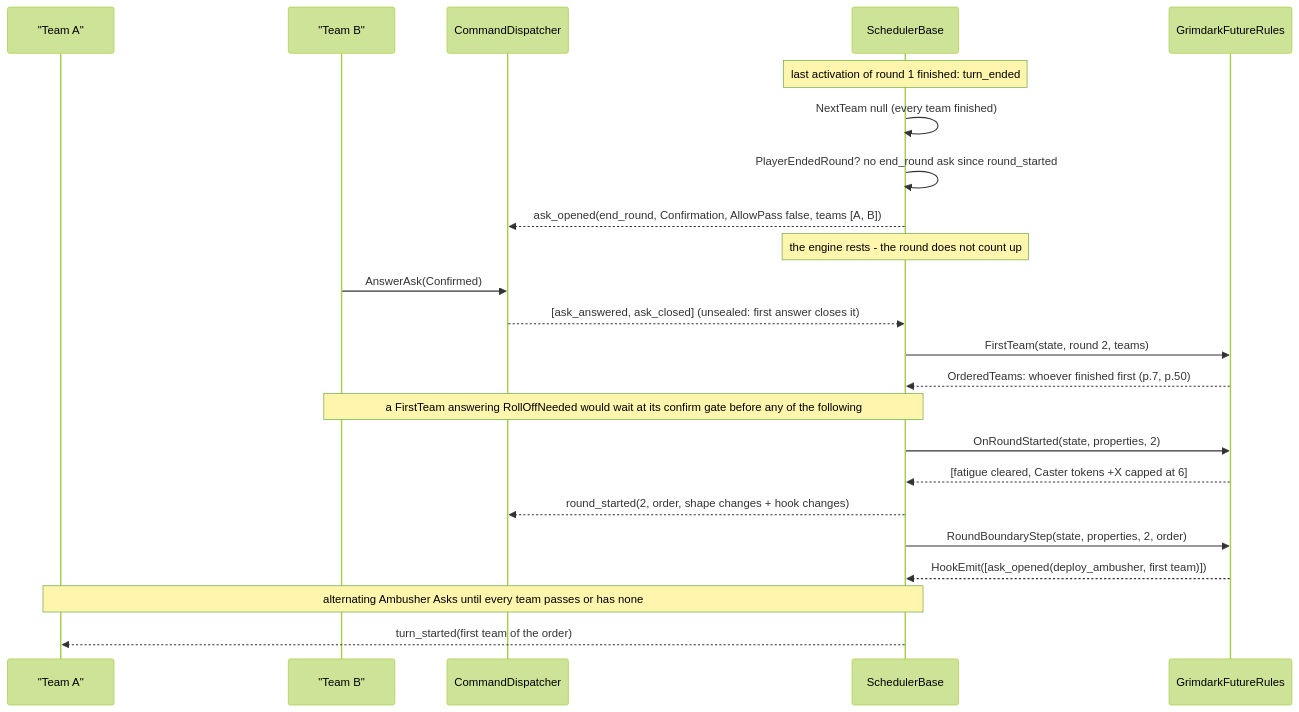
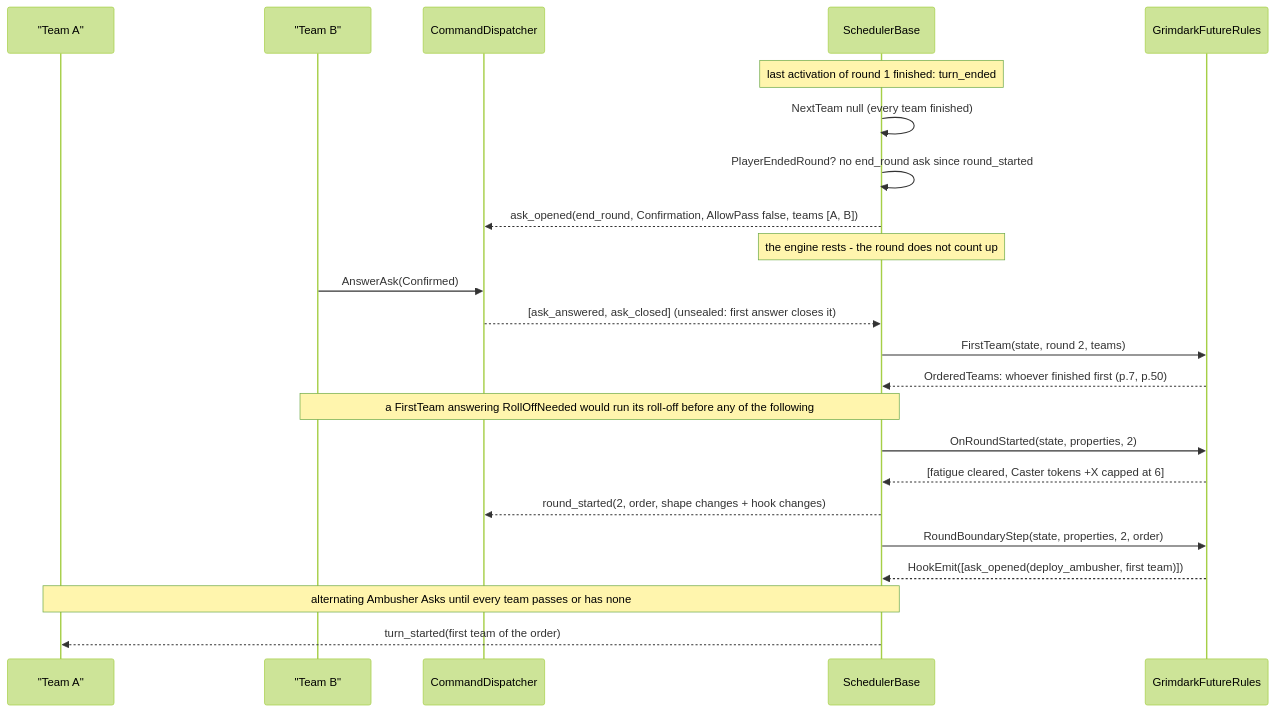
Before and after one commit to cstupi/tabletop: the ninth of 10 diagrams in docs/design/scheduler/design.md, drawn with Mermaid (forest theme). The commit also changed other lines of this file and 10 other files, not shown here.

First line of the commit message:
Docs: the roll-off is gated only under the wait setting; its result banner

````diff
--- a/docs/design/scheduler/design.md
+++ b/docs/design/scheduler/design.md
@@ -1010,26 +1014,26 @@
 ```mermaid
 sequenceDiagram
     participant A as "Team A"
     participant B as "Team B"
     participant D as CommandDispatcher
     participant Sc as SchedulerBase
     participant R as GrimdarkFutureRules
 
     Note over Sc: last activation of round 1 finished: turn_ended
     Sc->>Sc: NextTeam null (every team finished)
     Sc->>Sc: PlayerEndedRound? no end_round ask since round_started
     Sc-->>D: ask_opened(end_round, Confirmation, AllowPass false, teams [A, B])
     Note over Sc: the engine rests - the round does not count up
     B->>D: AnswerAsk(Confirmed)
     D-->>Sc: [ask_answered, ask_closed] (unsealed: first answer closes it)
     Sc->>R: FirstTeam(state, round 2, teams)
     R-->>Sc: OrderedTeams: whoever finished first (p.7, p.50)
-    Note over Sc,B: a FirstTeam answering RollOffNeeded would wait at its confirm gate before any of the following
+    Note over Sc,B: a FirstTeam answering RollOffNeeded would run its roll-off before any of the following
     Sc->>R: OnRoundStarted(state, properties, 2)
     R-->>Sc: [fatigue cleared, Caster tokens +X capped at 6]
     Sc-->>D: round_started(2, order, shape changes + hook changes)
     Sc->>R: RoundBoundaryStep(state, properties, 2, order)
     R-->>Sc: HookEmit([ask_opened(deploy_ambusher, first team)])
     Note over Sc,A: alternating Ambusher Asks until every team passes or has none
     Sc-->>A: turn_started(first team of the order)
 ```
````
